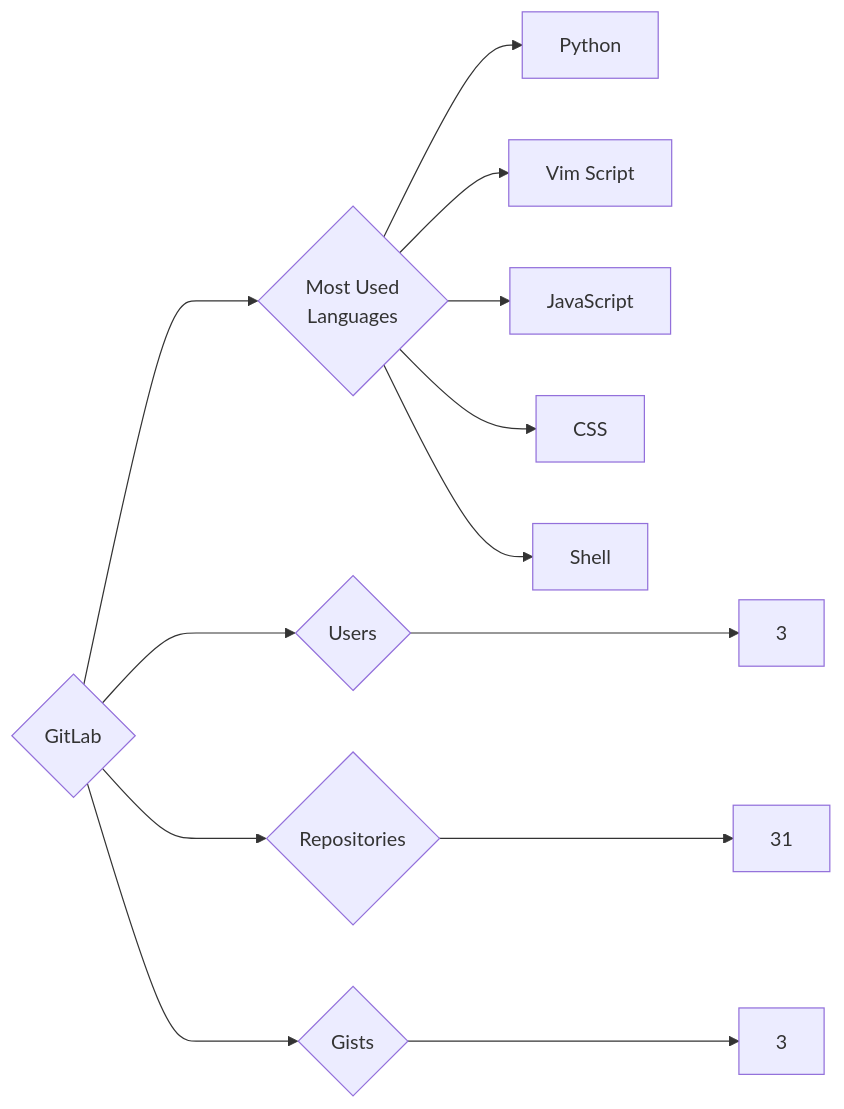
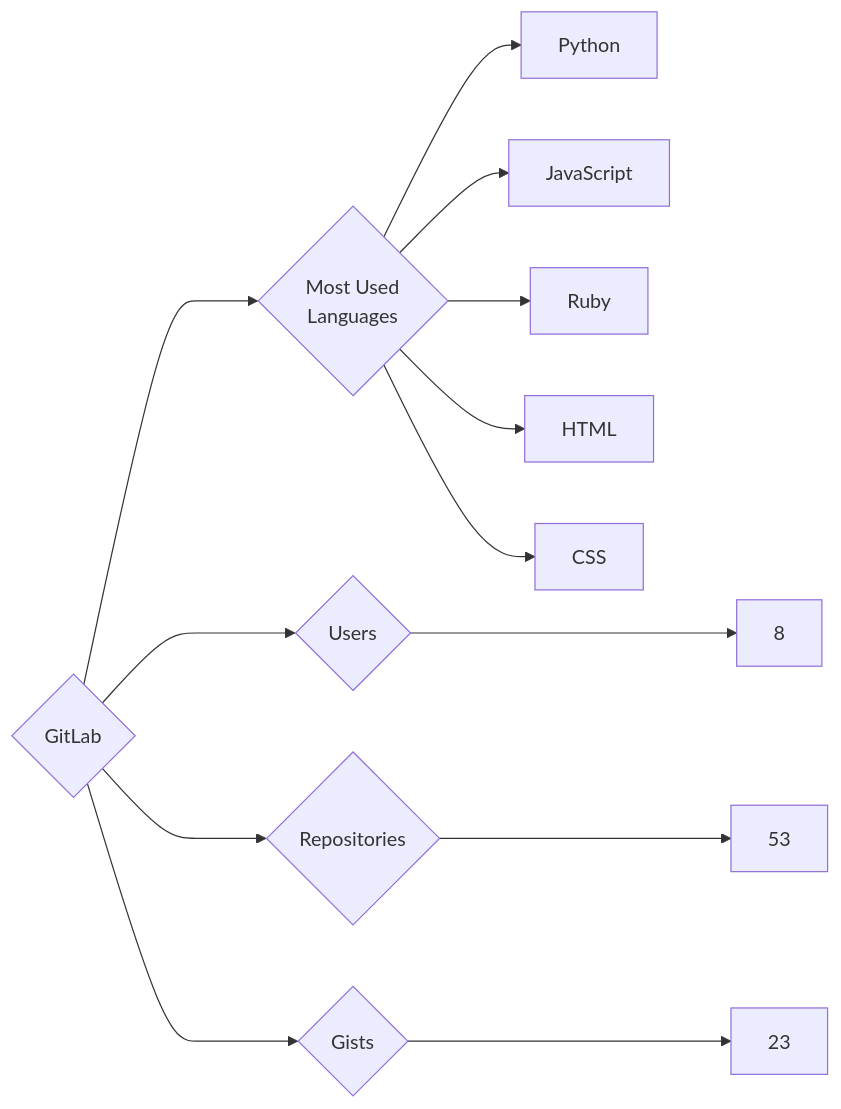
Before and after one commit to trickest/insiders: the diagram in targets/GitLab/README.md, drawn with Mermaid. The commit also changed 594 other files, not shown here.

````diff
--- a/targets/GitLab/README.md
+++ b/targets/GitLab/README.md
@@ -3,13 +3,13 @@
 ```mermaid
 graph LR
 COMPANY_NAME{GitLab}
-COMPANY_NAME ---> U{Users} ---> UN[3]
-COMPANY_NAME ---> R{Repositories} ---> RN[31]
-COMPANY_NAME ---> G{Gists} ---> GN[3]
+COMPANY_NAME ---> U{Users} ---> UN[8]
+COMPANY_NAME ---> R{Repositories} ---> RN[53]
+COMPANY_NAME ---> G{Gists} ---> GN[23]
 COMPANY_NAME ---> ML{Most Used<br>Languages}
 ML --> Python[Python]
-ML --> Vim_Script[Vim Script]
 ML --> JavaScript[JavaScript]
+ML --> Ruby[Ruby]
+ML --> HTML[HTML]
 ML --> CSS[CSS]
-ML --> Shell[Shell]
 ```
````
